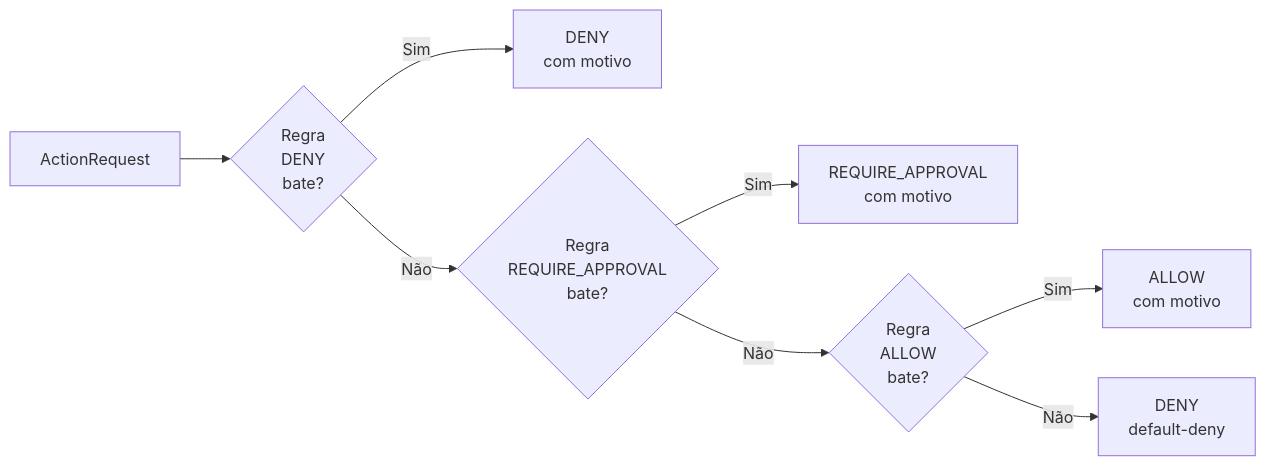
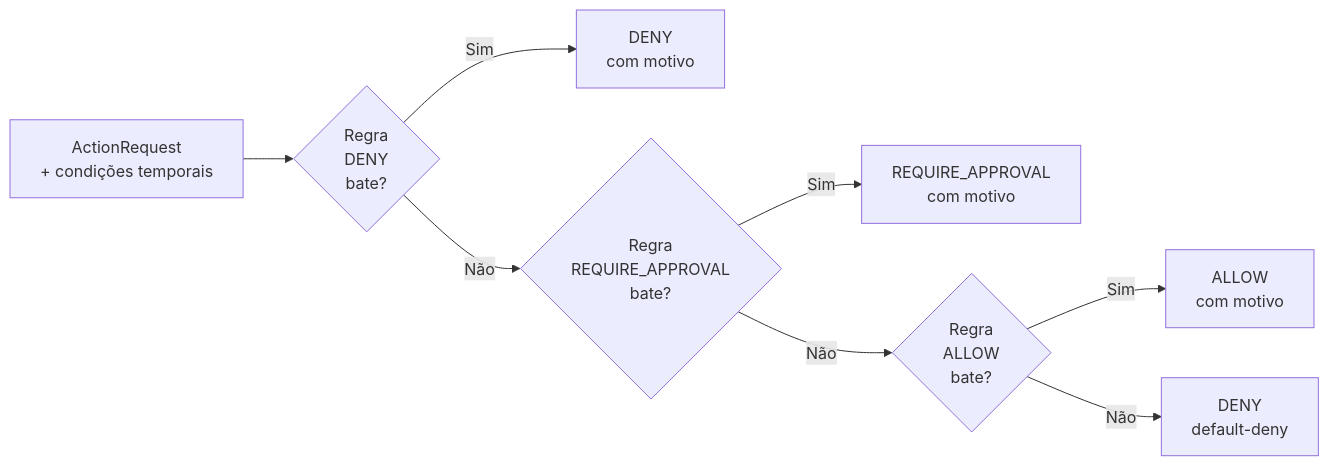
One commit to glaucojbs/agenticgovernance changed the diagram in docs/02-modelo-de-governanca.md. Above: the diagram before and after it, drawn with Mermaid. The commit also changed other lines of this file and 14 other files, not shown here.

````diff
--- a/docs/02-modelo-de-governanca.md
+++ b/docs/02-modelo-de-governanca.md
@@ -59,10 +73,10 @@
 ```mermaid
 flowchart LR
-    REQ[ActionRequest] --> D1{Regra\nDENY\nbate?}
+    REQ[ActionRequest\n+ condições temporais] --> D1{Regra\nDENY\nbate?}
     D1 -- Sim --> DENY[DENY\ncom motivo]
     D1 -- Não --> D2{Regra\nREQUIRE_APPROVAL\nbate?}
     D2 -- Sim --> APROV[REQUIRE_APPROVAL\ncom motivo]
     D2 -- Não --> D3{Regra\nALLOW\nbate?}
     D3 -- Sim --> ALLOW[ALLOW\ncom motivo]
     D3 -- Não --> DEFAULT[DENY\ndefault-deny]
 ```
````
